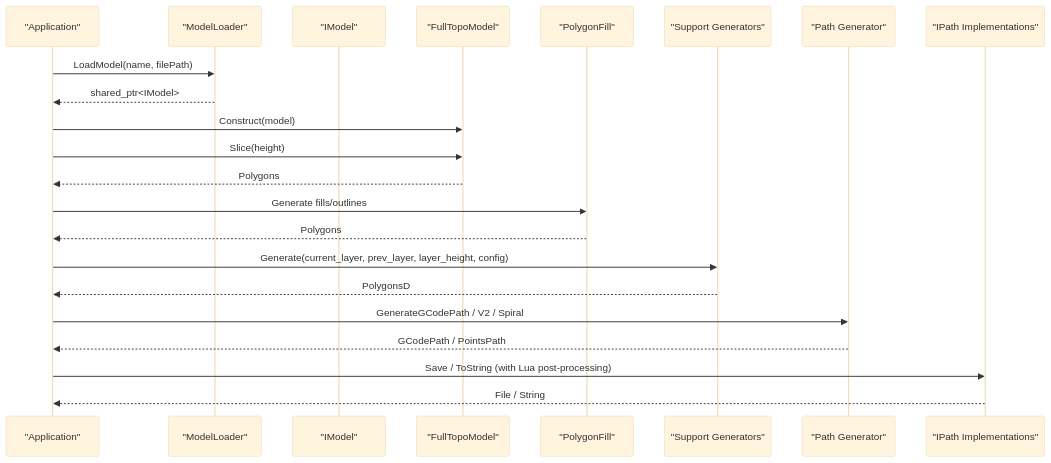
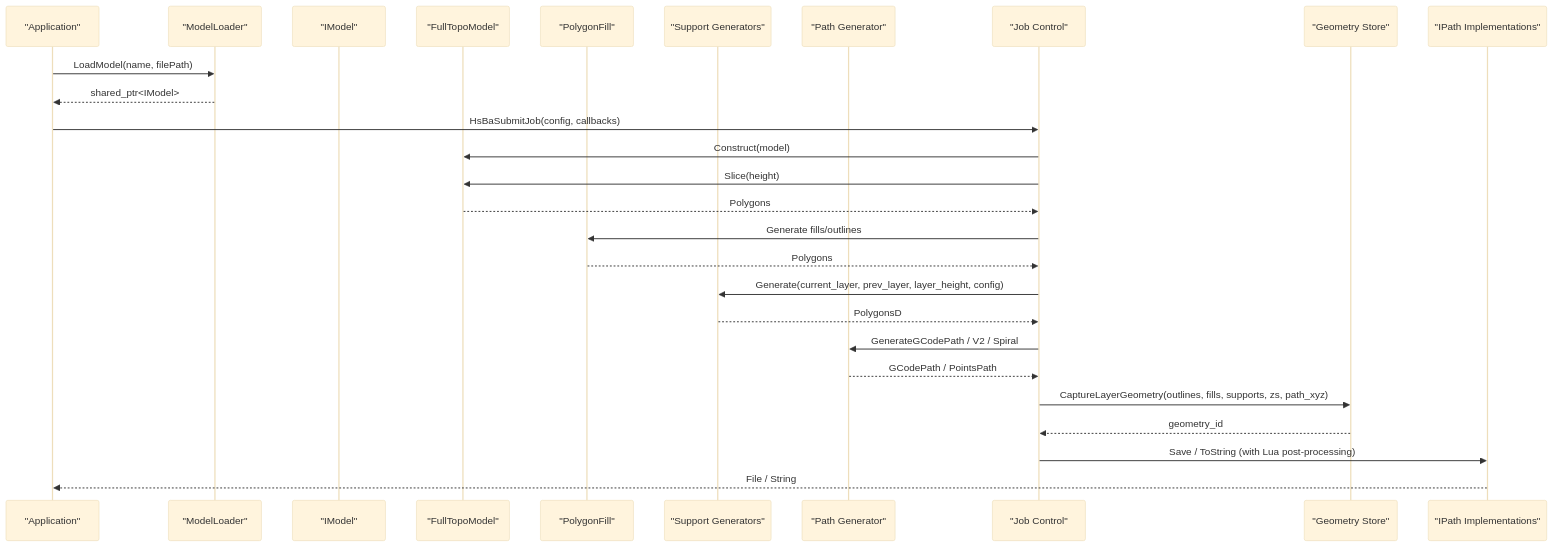
One commit to hsmbanlance/HsBaSlicer changed the second of 12 diagrams in .qoder/repowiki/en/content/Core Modules/Core Modules.md. Above: the diagram before and after it, drawn with Mermaid (base theme). The commit also changed other lines of this file and 101 other files, not shown here.

````diff
--- a/.qoder/repowiki/en/content/Core Modules/Core Modules.md
+++ b/.qoder/repowiki/en/content/Core Modules/Core Modules.md
@@ -131,24 +187,29 @@
 ```mermaid
 sequenceDiagram
 participant App as "Application"
 participant Loader as "ModelLoader"
 participant Model as "IModel"
 participant Topo as "FullTopoModel"
 participant Fill as "PolygonFill"
 participant Support as "Support Generators"
 participant Gen as "Path Generator"
+participant JobCtrl as "Job Control"
+participant GeoStore as "Geometry Store"
 participant Out as "IPath Implementations"
 App->>Loader : LoadModel(name, filePath)
 Loader-->>App : shared_ptr<IModel>
-App->>Topo : Construct(model)
-App->>Topo : Slice(height)
-Topo-->>App : Polygons
-App->>Fill : Generate fills/outlines
-Fill-->>App : Polygons
-App->>Support : Generate(current_layer, prev_layer, layer_height, config)
-Support-->>App : PolygonsD
-App->>Gen : GenerateGCodePath / V2 / Spiral
-Gen-->>App : GCodePath / PointsPath
-App->>Out : Save / ToString (with Lua post-processing)
+App->>JobCtrl : HsBaSubmitJob(config, callbacks)
+JobCtrl->>Topo : Construct(model)
+JobCtrl->>Topo : Slice(height)
+Topo-->>JobCtrl : Polygons
+JobCtrl->>Fill : Generate fills/outlines
+Fill-->>JobCtrl : Polygons
+JobCtrl->>Support : Generate(current_layer, prev_layer, layer_height, config)
+Support-->>JobCtrl : PolygonsD
+JobCtrl->>Gen : GenerateGCodePath / V2 / Spiral
+Gen-->>JobCtrl : GCodePath / PointsPath
+JobCtrl->>GeoStore : CaptureLayerGeometry(outlines, fills, supports, zs, path_xyz)
+GeoStore-->>JobCtrl : geometry_id
+JobCtrl->>Out : Save / ToString (with Lua post-processing)
 Out-->>App : File / String
 ```
````
